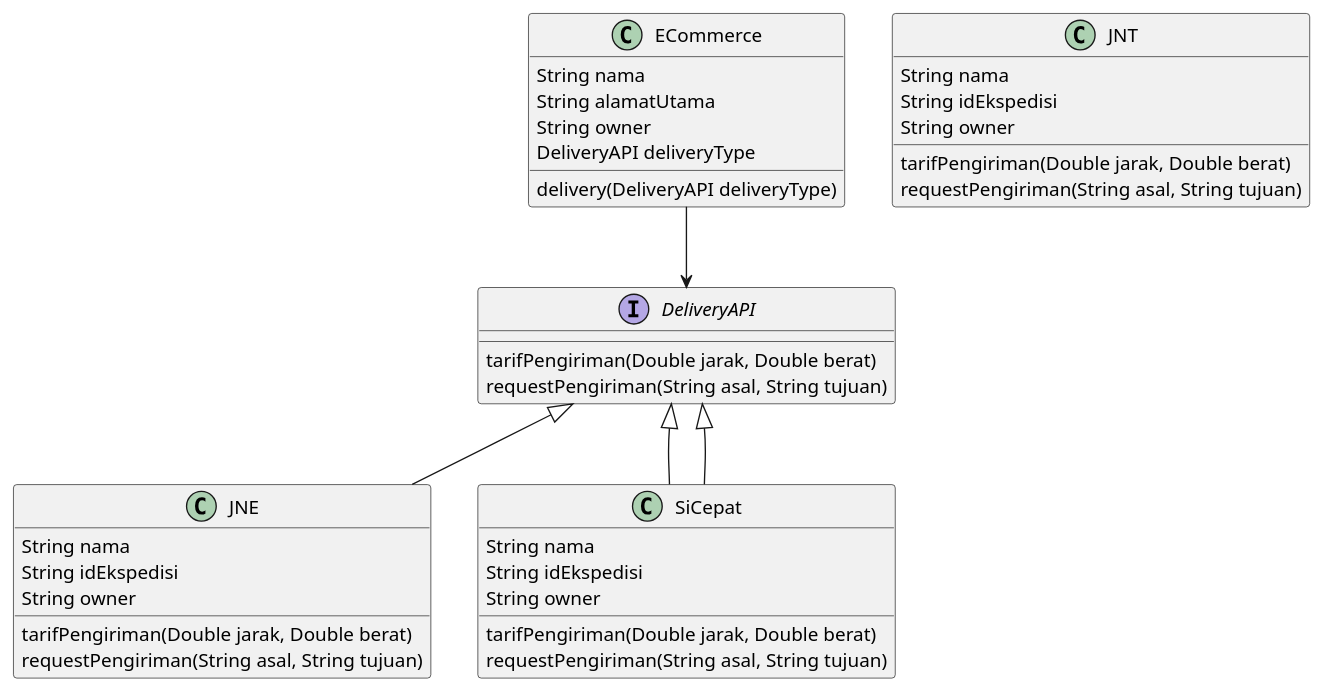
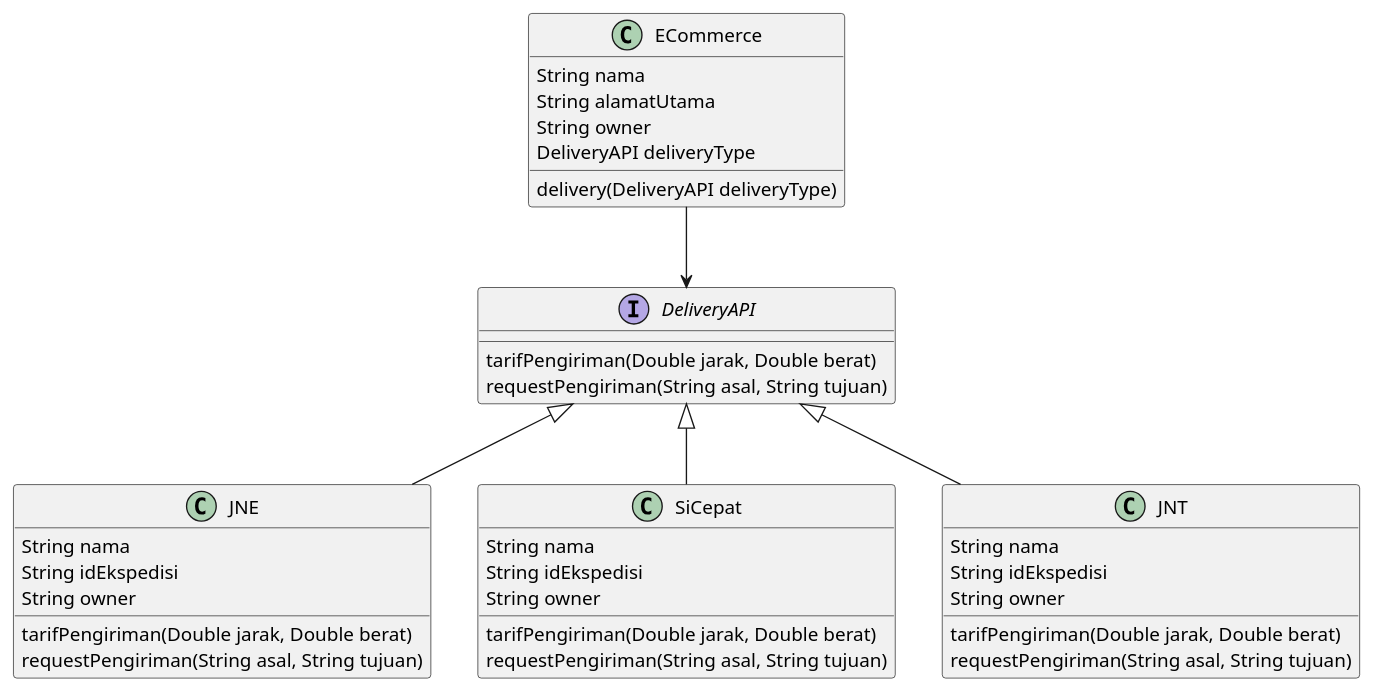
One commit to farhanzakiputra/pbpu-a-2022 changed the diagram in Kelompok 2/uml-diagram-kel-2.puml. Above: the diagram before and after it, drawn with PlantUML.

```diff
--- a/Kelompok 2/uml-diagram-kel-2.puml
+++ b/Kelompok 2/uml-diagram-kel-2.puml
@@ -1,43 +1,43 @@
 @startuml
 class ECommerce {
     String nama
     String alamatUtama
     String owner
     DeliveryAPI deliveryType
     delivery(DeliveryAPI deliveryType)
 }
 
 interface DeliveryAPI {
     tarifPengiriman(Double jarak, Double berat)
     requestPengiriman(String asal, String tujuan)
 }
 
 class JNE {
     String nama
     String idEkspedisi
     String owner
     tarifPengiriman(Double jarak, Double berat)
     requestPengiriman(String asal, String tujuan)
 }
 
 class SiCepat {
     String nama
     String idEkspedisi
     String owner
     tarifPengiriman(Double jarak, Double berat)
     requestPengiriman(String asal, String tujuan)
 }
 
 class JNT {
     String nama
     String idEkspedisi
     String owner
     tarifPengiriman(Double jarak, Double berat)
     requestPengiriman(String asal, String tujuan)
 }
 
 ECommerce --> DeliveryAPI
 DeliveryAPI <|-- JNE
 DeliveryAPI <|-- SiCepat
-DeliveryAPI <|-- SiCepat
+DeliveryAPI <|-- JNT
 @enduml
```
